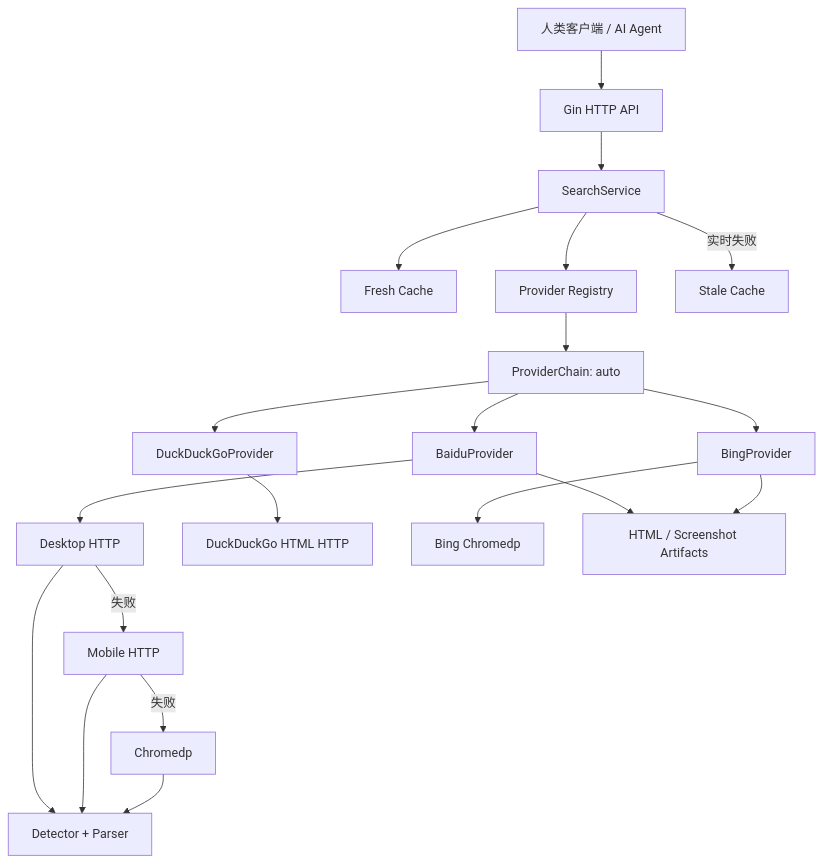
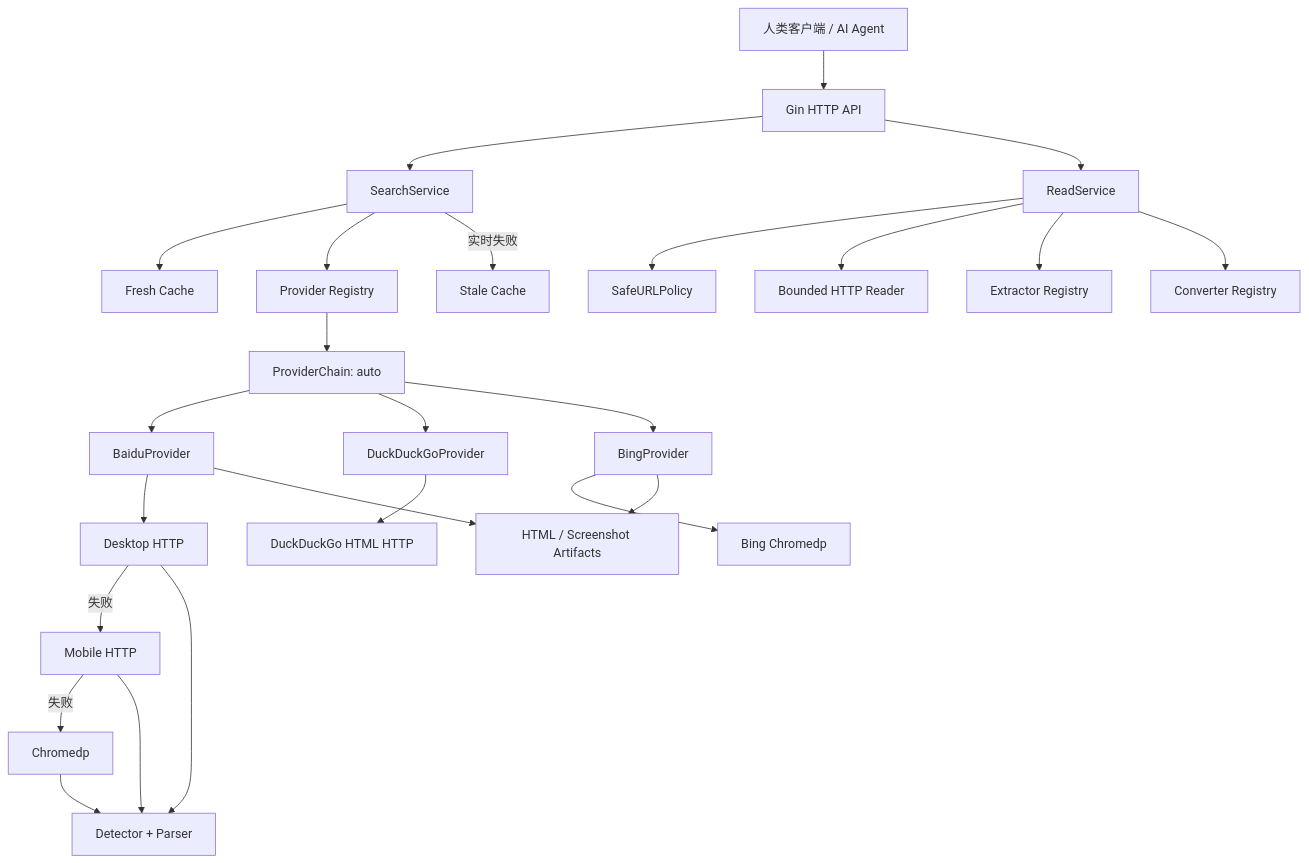
The diagram in README.md (ZoeImport/search-x), drawn with Mermaid before and after one commit. The commit also changed other lines of this file and 54 other files, not shown here.

Commit message:
feat: add safe content read API and local UI

````diff
--- a/README.md
+++ b/README.md
@@ -9,22 +9,27 @@
 ```mermaid
 flowchart TD
     Client["人类客户端 / AI Agent"] --> Gin["Gin HTTP API"]
     Gin --> Service["SearchService"]
     Service --> Fresh["Fresh Cache"]
     Service --> Registry["Provider Registry"]
     Registry --> Auto["ProviderChain: auto"]
     Auto --> Baidu["BaiduProvider"]
     Auto --> Duck["DuckDuckGoProvider"]
     Auto --> Bing["BingProvider"]
     Baidu --> Desktop["Desktop HTTP"]
     Desktop -->|失败| Mobile["Mobile HTTP"]
     Mobile -->|失败| Chrome["Chromedp"]
     Desktop --> Detector["Detector + Parser"]
     Mobile --> Detector
     Chrome --> Detector
     Duck --> DuckHTTP["DuckDuckGo HTML HTTP"]
     Bing --> BingChrome["Bing Chromedp"]
+    Gin --> ReadService["ReadService"]
+    ReadService --> SafeURL["SafeURLPolicy"]
+    ReadService --> ReadHTTP["Bounded HTTP Reader"]
+    ReadService --> Extract["Extractor Registry"]
+    ReadService --> Convert["Converter Registry"]
     Service -->|实时失败| Stale["Stale Cache"]
     Baidu --> Artifacts["HTML / Screenshot Artifacts"]
     Bing --> Artifacts
 ```
````
